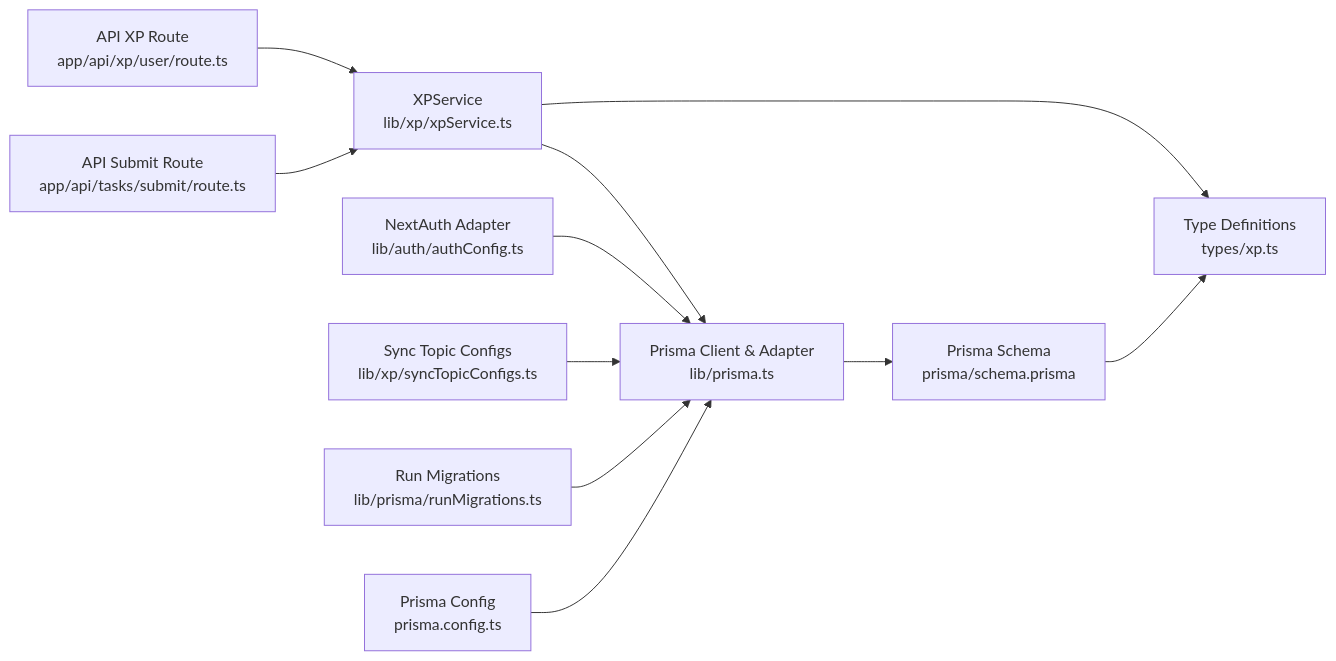
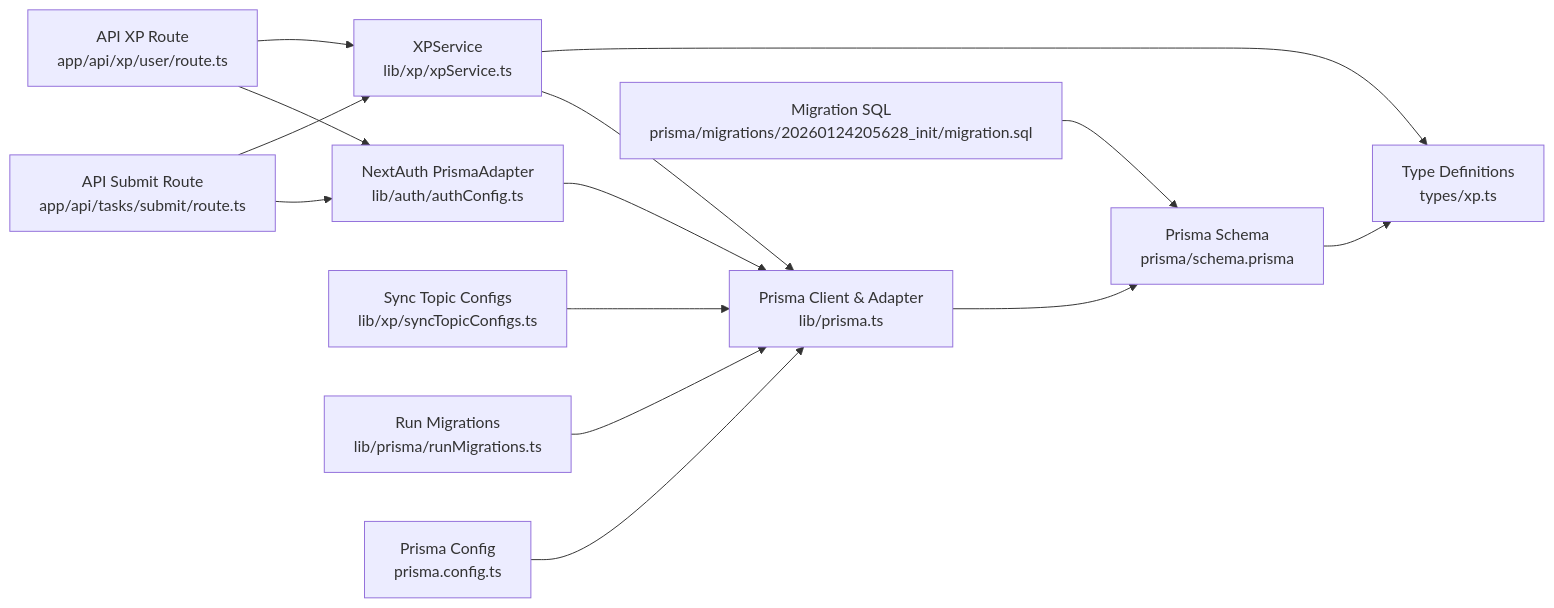
The seventh of 7 diagrams in .qoder/repowiki/en/content/Database Design.md (AlexKutz/math-app-next-js), drawn with Mermaid before and after one commit. The commit also changed other lines of this file and 125 other files, not shown here.

````diff
--- a/.qoder/repowiki/en/content/Database Design.md
+++ b/.qoder/repowiki/en/content/Database Design.md
@@ -356,13 +455,16 @@
 ```mermaid
 graph LR
 Schema["Prisma Schema<br/>prisma/schema.prisma"] --> Types["Type Definitions<br/>types/xp.ts"]
 PrismaCfg["Prisma Client & Adapter<br/>lib/prisma.ts"] --> Schema
+Auth["NextAuth PrismaAdapter<br/>lib/auth/authConfig.ts"] --> PrismaCfg
 XPService["XPService<br/>lib/xp/xpService.ts"] --> PrismaCfg
 XPService --> Types
-APISubmit["API Submit Route<br/>app/api/tasks/submit/route.ts"] --> XPService
-APIXP["API XP Route<br/>app/api/xp/user/route.ts"] --> XPService
-Auth["NextAuth Adapter<br/>lib/auth/authConfig.ts"] --> PrismaCfg
+APISubmit["API Submit Route<br/>app/api/tasks/submit/route.ts"] --> Auth
+APISubmit --> XPService
+APIXP["API XP Route<br/>app/api/xp/user/route.ts"] --> Auth
+APIXP --> XPService
 Sync["Sync Topic Configs<br/>lib/xp/syncTopicConfigs.ts"] --> PrismaCfg
 Migrations["Run Migrations<br/>lib/prisma/runMigrations.ts"] --> PrismaCfg
 PrismaConfig["Prisma Config<br/>prisma.config.ts"] --> PrismaCfg
+MigrationSQL["Migration SQL<br/>prisma/migrations/20260124205628_init/migration.sql"] --> Schema
 ```
````
